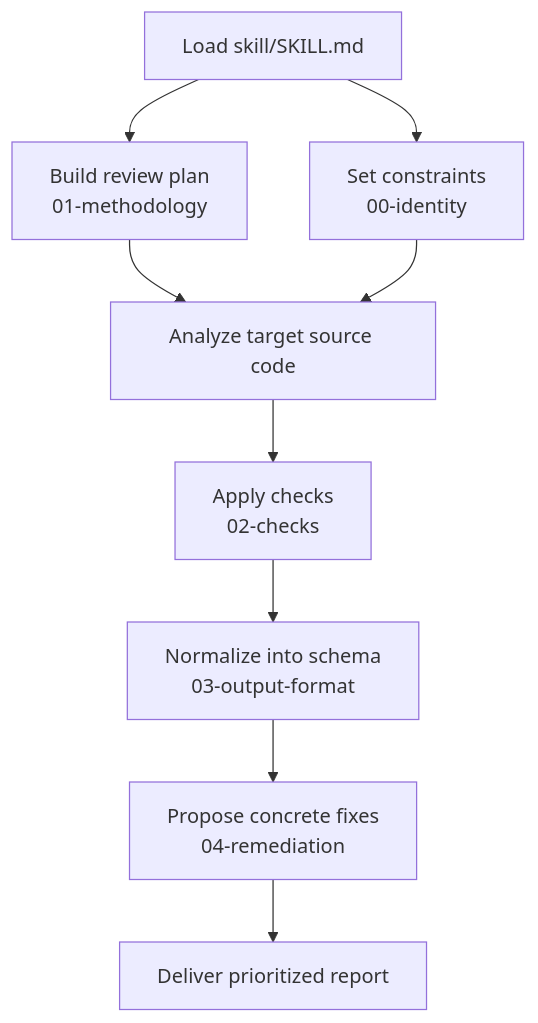
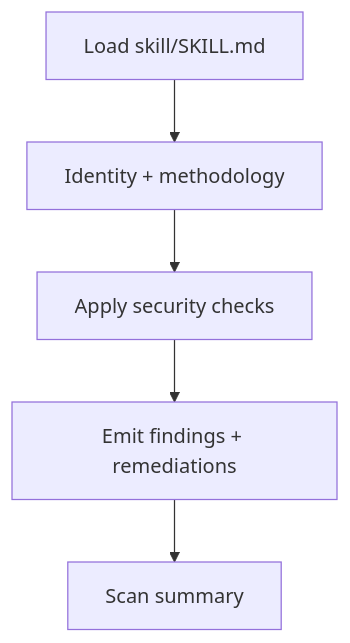
The diagram in README.md (UCD-CCI/check-code-skill), drawn with Mermaid before and after one commit. The commit also changed other lines of this file and 8 other files, not shown here.

First line of the commit message:
Collapse Check Code skill into a single SKILL.md.

````diff
--- a/README.md
+++ b/README.md
@@ -45,13 +52,7 @@
 ```mermaid
 flowchart TD
-  A[Load skill/SKILL.md] --> B[Build review plan<br/>01-methodology]
-  A --> C[Set constraints<br/>00-identity]
-
-  B --> D[Analyze target source code]
-  C --> D
-
-  D --> E[Apply checks<br/>02-checks]
-  E --> F[Normalize into schema<br/>03-output-format]
-  F --> G[Propose concrete fixes<br/>04-remediation]
-  G --> H[Deliver prioritized report]
+  A[Load skill/SKILL.md] --> B[Identity + methodology]
+  B --> C[Apply security checks]
+  C --> D[Emit findings + remediations]
+  D --> E[Scan summary]
 ```
````
